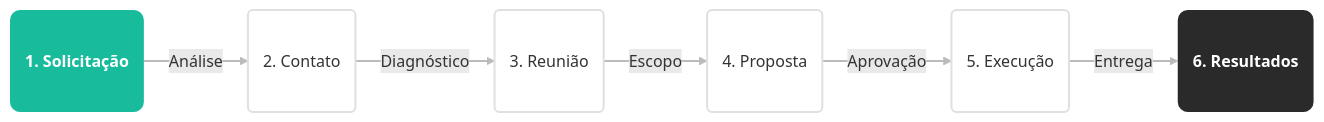
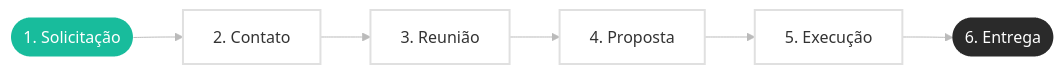
The diagram in consultoria.qmd (Alexssandrosilv/Alexssadrosilv.github.io), drawn with Mermaid before and after one commit. The commit also changed other lines of this file and 2 other files, not shown here.

````diff
--- a/consultoria.qmd
+++ b/consultoria.qmd
@@ -52,24 +35,20 @@
 ```{mermaid}
-%%| column: screen-inset
 %%| fig-align: center
-%%| fig-height: 4
+%%| fig-height: 3
 flowchart LR
-    %% Nós do Fluxo
-    A(1. Solicitação) -->|Análise| B(2. Contato)
-    B -->|Diagnóstico| C(3. Reunião)
-    C -->|Escopo| D(4. Proposta)
-    D -->|Aprovação| E(5. Execução)
-    E -->|Entrega| F(6. Resultados)
+    A([1. Solicitação]) --> B[2. Contato]
+    B --> C[3. Reunião]
+    C --> D[4. Proposta]
+    D --> E[5. Execução]
+    E --> F([6. Entrega])
 
-    %% ESTILIZAÇÃO PROFISSIONAL (Fontes Maiores e Mais Espaço)
-    %% rx e ry arredondam as bordas. font-size aumenta a letra.
-    classDef start fill:#18bc9c,stroke:#18bc9c,color:#fff,stroke-width:0px,font-weight:bold,rx:10,ry:10,font-size:16px,padding:15px;
-    classDef process fill:#fff,stroke:#e0e0e0,color:#333,stroke-width:2px,rx:5,ry:5,font-size:16px,padding:15px;
-    classDef endNode fill:#2a2a2a,stroke:#2a2a2a,color:#fff,stroke-width:0px,font-weight:bold,rx:10,ry:10,font-size:16px,padding:15px;
+    style A fill:#18bc9c,stroke:#18bc9c,color:#fff,stroke-width:0px
+    style B fill:#fff,stroke:#e0e0e0,color:#333,stroke-width:2px
+    style C fill:#fff,stroke:#e0e0e0,color:#333,stroke-width:2px
+    style D fill:#fff,stroke:#e0e0e0,color:#333,stroke-width:2px
+    style E fill:#fff,stroke:#e0e0e0,color:#333,stroke-width:2px
+    style F fill:#2a2a2a,stroke:#2a2a2a,color:#fff,stroke-width:0px
 
-    class A start;
-    class B,C,D,E process;
-    class F endNode;
-    
-    linkStyle default stroke:#bbb,stroke-width:2px;
+    linkStyle default stroke:#bbb,stroke-width:2px```
+
 ```
````
